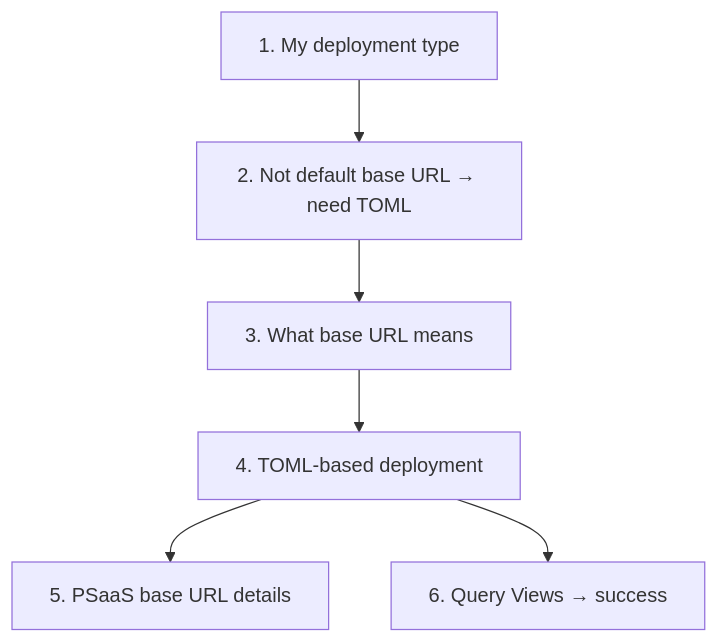
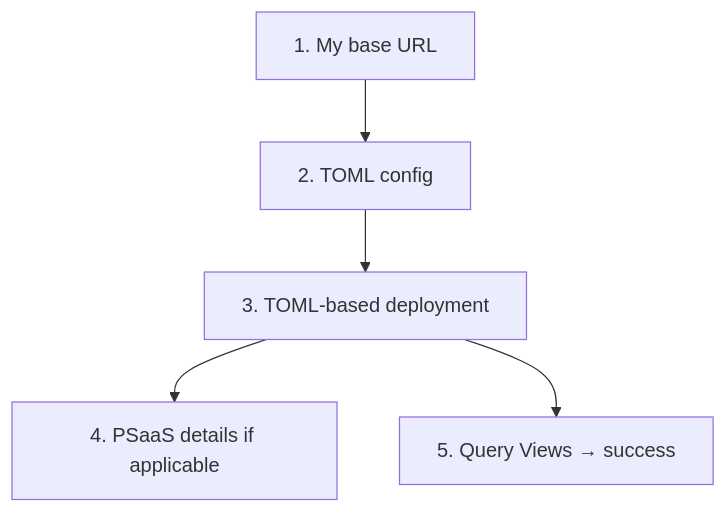
Before and after one commit to cognitedata/cognite-databricks: the first of 2 diagrams in docs/private_link_psaas.md, drawn with Mermaid. The commit also changed other lines of this file and 4 other files, not shown here.

Commit message:
docs: simplify guide to five-step base URL to Views flow

````diff
--- a/docs/private_link_psaas.md
+++ b/docs/private_link_psaas.md
@@ -20,8 +15,7 @@
 ```mermaid
 flowchart TD
-  A["1. My deployment type"] --> B["2. Not default base URL → need TOML"]
-  B --> C["3. What base URL means"]
-  C --> D["4. TOML-based deployment"]
-  D --> E["5. PSaaS base URL details"]
-  D --> F["6. Query Views → success"]
+  A["1. My base URL"] --> B["2. TOML config"]
+  B --> C["3. TOML-based deployment"]
+  C --> D["4. PSaaS details if applicable"]
+  C --> E["5. Query Views → success"]
 ```
````
